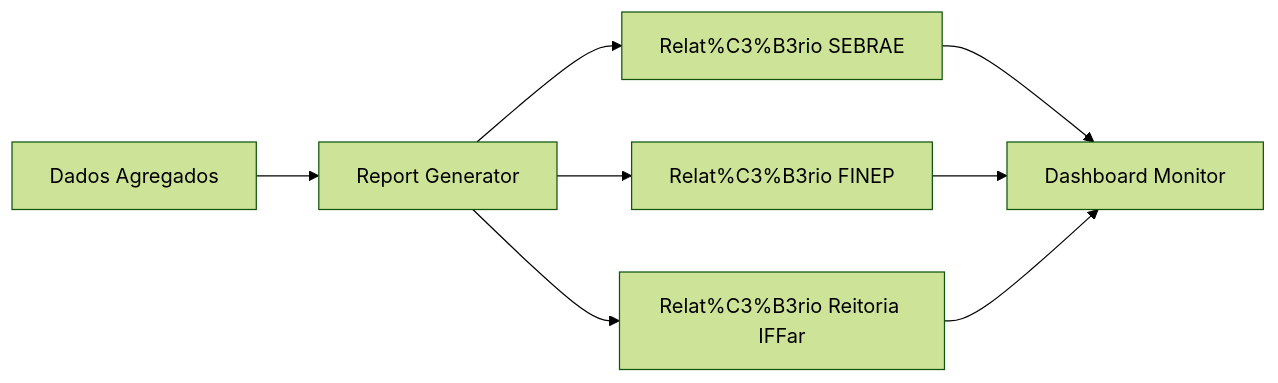
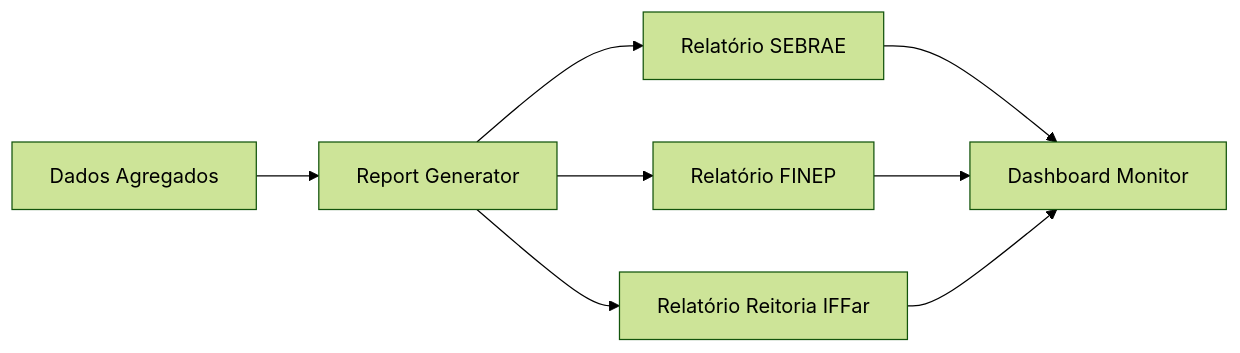
Before and after one commit to marciobisognin/Squads-Genius: the third of 3 diagrams in squads/integra-incubadora-ops-squad/PRD.md, drawn with Mermaid (forest theme). The commit also changed other lines of this file and 5 other files, not shown here.

````diff
--- a/squads/integra-incubadora-ops-squad/PRD.md
+++ b/squads/integra-incubadora-ops-squad/PRD.md
@@ -142,10 +142,10 @@
 ```mermaid
 flowchart LR
     A[Dados Agregados] --> B[Report Generator]
-    B --> C[Relat%C3%B3rio SEBRAE]
-    B --> D[Relat%C3%B3rio FINEP]
-    B --> E[Relat%C3%B3rio Reitoria IFFar]
+    B --> C[Relatório SEBRAE]
+    B --> D[Relatório FINEP]
+    B --> E[Relatório Reitoria IFFar]
     C --> F[Dashboard Monitor]
     D --> F
     E --> F
 ```
````
